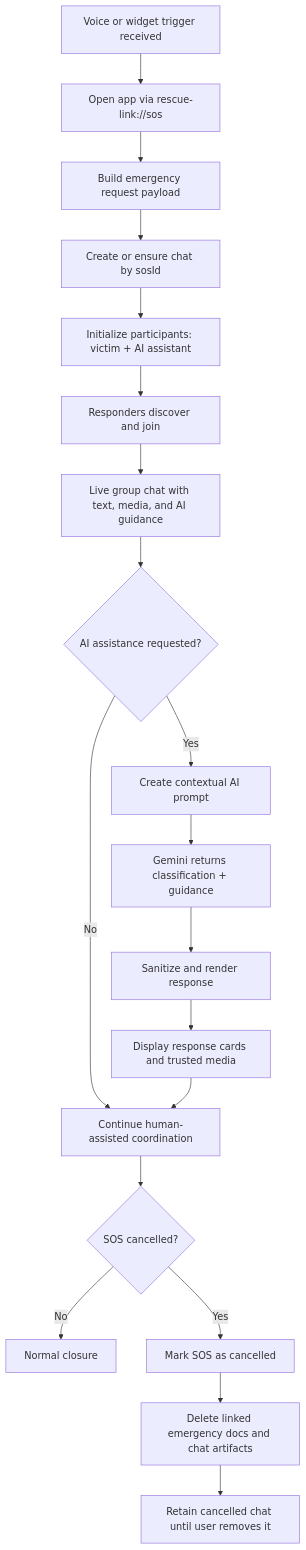
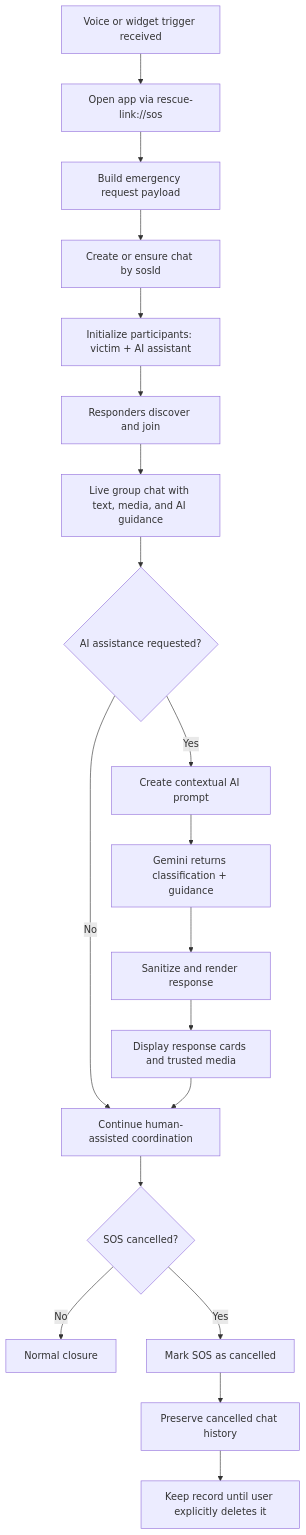
Before and after one commit to gopikaganesan/rescue-link: the second of 4 diagrams in docs/PROCESS_FLOW_ARCHITECTURE.md, drawn with Mermaid. The commit also changed other lines of this file and 46 other files, not shown here.

````diff
--- a/docs/PROCESS_FLOW_ARCHITECTURE.md
+++ b/docs/PROCESS_FLOW_ARCHITECTURE.md
@@ -38,22 +40,22 @@
 ```mermaid
 flowchart TD
   A[Voice or widget trigger received] --> B[Open app via rescue-link://sos]
   B --> C[Build emergency request payload]
   C --> D[Create or ensure chat by sosId]
   D --> E[Initialize participants: victim + AI assistant]
   E --> F[Responders discover and join]
   F --> G[Live group chat with text, media, and AI guidance]
   G --> H{AI assistance requested?}
   H -- No --> I[Continue human-assisted coordination]
   H -- Yes --> J[Create contextual AI prompt]
   J --> K[Gemini returns classification + guidance]
   K --> L[Sanitize and render response]
   L --> M[Display response cards and trusted media]
   M --> I
 
   I --> N{SOS cancelled?}
   N -- No --> O[Normal closure]
   N -- Yes --> P[Mark SOS as cancelled]
-  P --> Q[Delete linked emergency docs and chat artifacts]
-  Q --> R[Retain cancelled chat until user removes it]
+  P --> Q[Preserve cancelled chat history]
+  Q --> R[Keep record until user explicitly deletes it]
 ```
````
